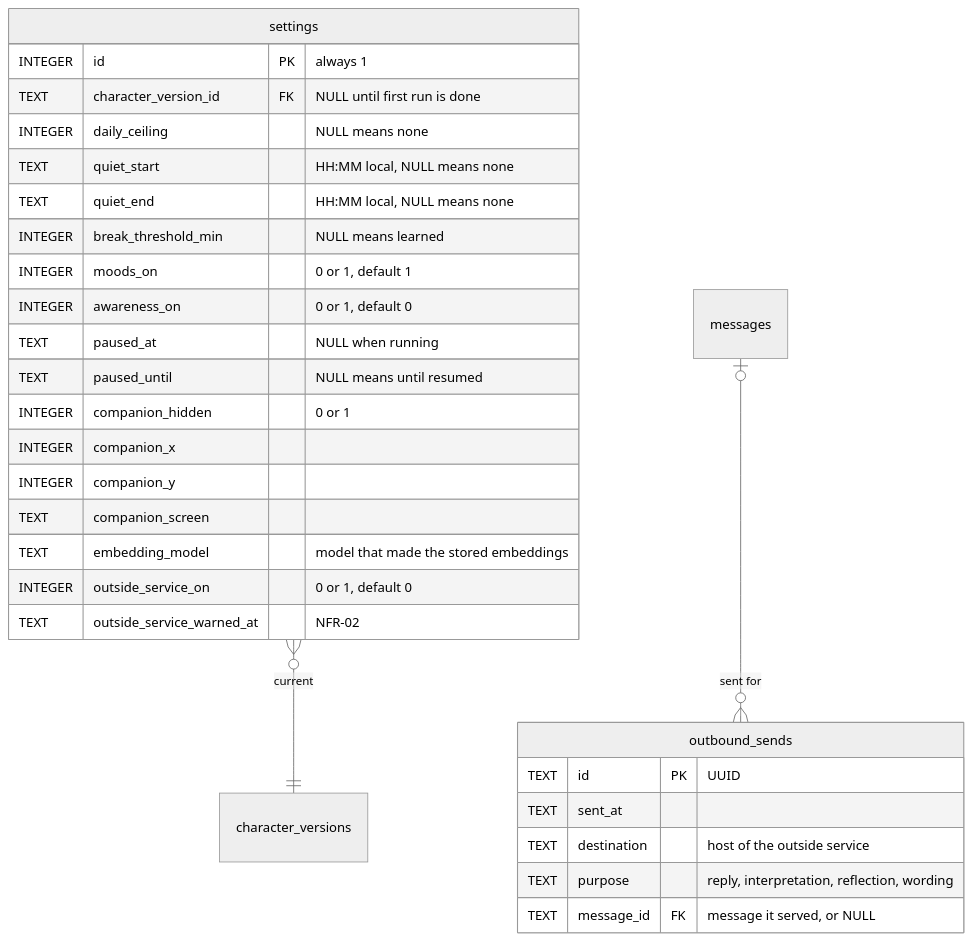
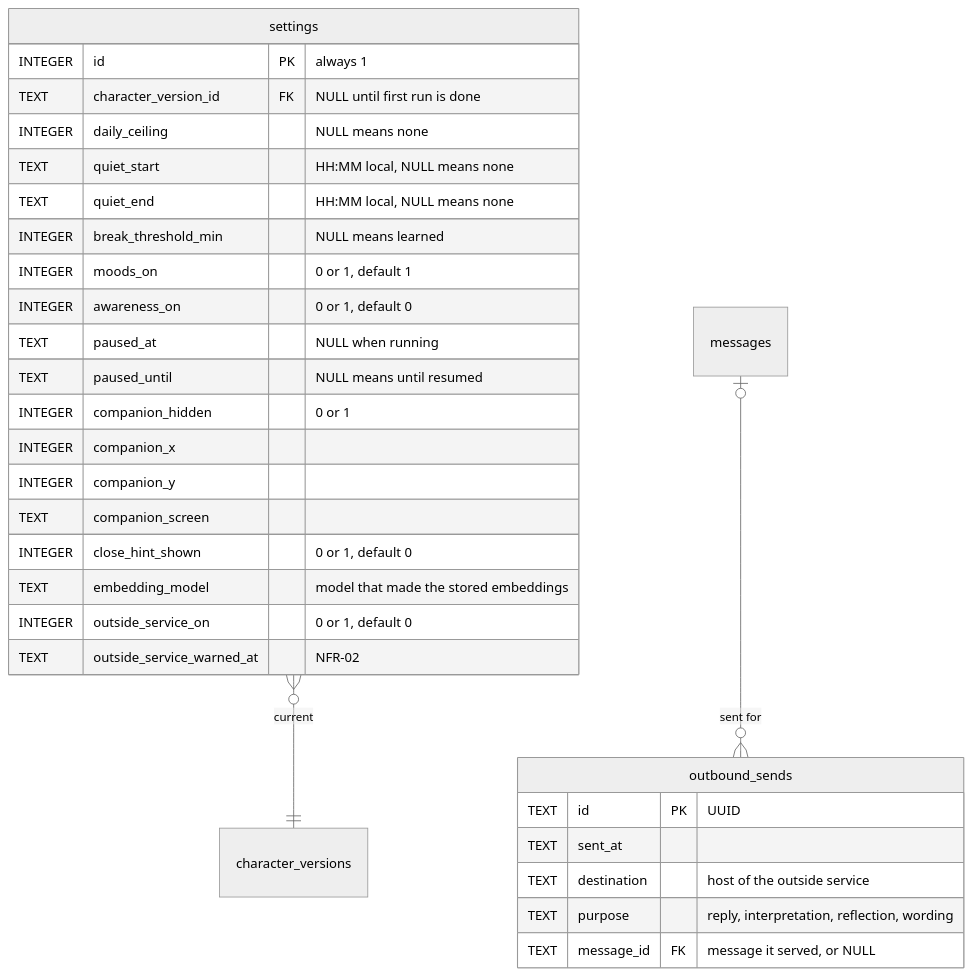
One commit to NguyenVu04/cognia changed the tenth of 10 diagrams in docs/ERD.md. Above: the diagram before and after it, drawn with Mermaid (neutral theme). The commit also changed other lines of this file and 24 other files, not shown here.

````diff
--- a/docs/ERD.md
+++ b/docs/ERD.md
@@ -949,31 +950,32 @@
 ```mermaid
 erDiagram
     settings {
         INTEGER id PK "always 1"
         TEXT character_version_id FK "NULL until first run is done"
         INTEGER daily_ceiling "NULL means none"
         TEXT quiet_start "HH:MM local, NULL means none"
         TEXT quiet_end "HH:MM local, NULL means none"
         INTEGER break_threshold_min "NULL means learned"
         INTEGER moods_on "0 or 1, default 1"
         INTEGER awareness_on "0 or 1, default 0"
         TEXT paused_at "NULL when running"
         TEXT paused_until "NULL means until resumed"
         INTEGER companion_hidden "0 or 1"
         INTEGER companion_x
         INTEGER companion_y
         TEXT companion_screen
+        INTEGER close_hint_shown "0 or 1, default 0"
         TEXT embedding_model "model that made the stored embeddings"
         INTEGER outside_service_on "0 or 1, default 0"
         TEXT outside_service_warned_at "NFR-02"
     }
     outbound_sends {
         TEXT id PK "UUID"
         TEXT sent_at
         TEXT destination "host of the outside service"
         TEXT purpose "reply, interpretation, reflection, wording"
         TEXT message_id FK "message it served, or NULL"
     }
     settings }o--|| character_versions : "current"
     messages |o--o{ outbound_sends : "sent for"
 ```
````
